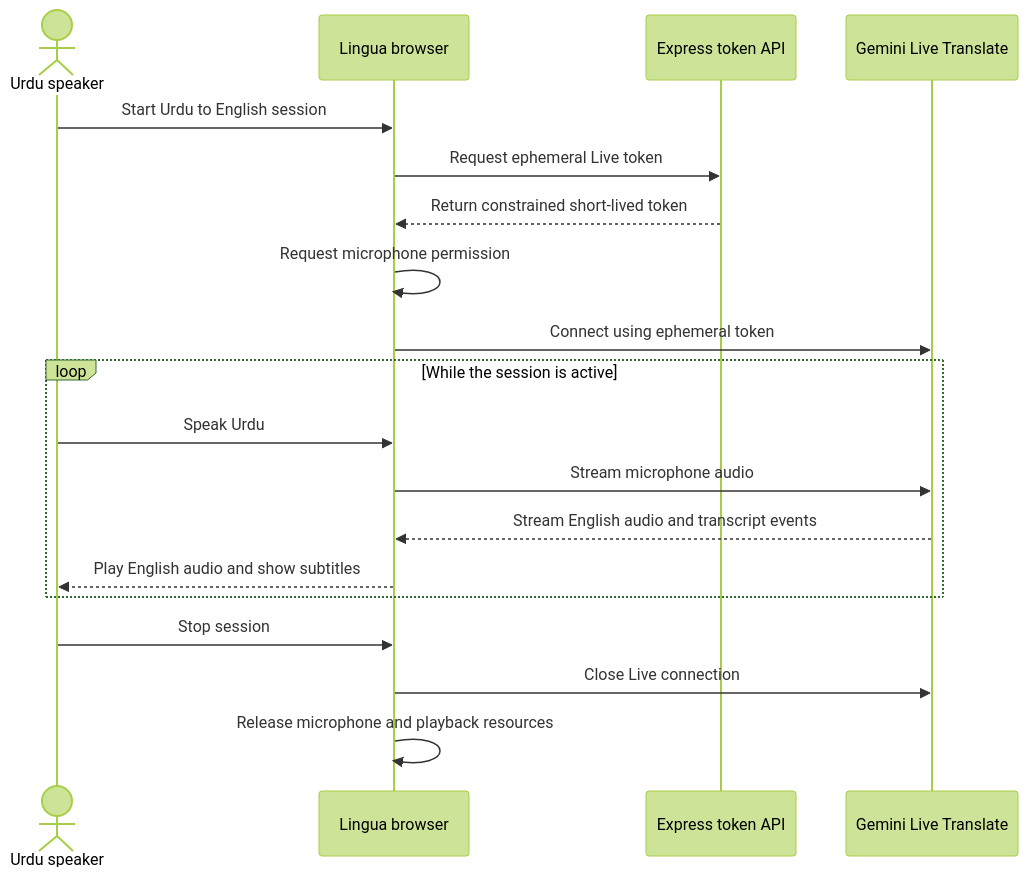
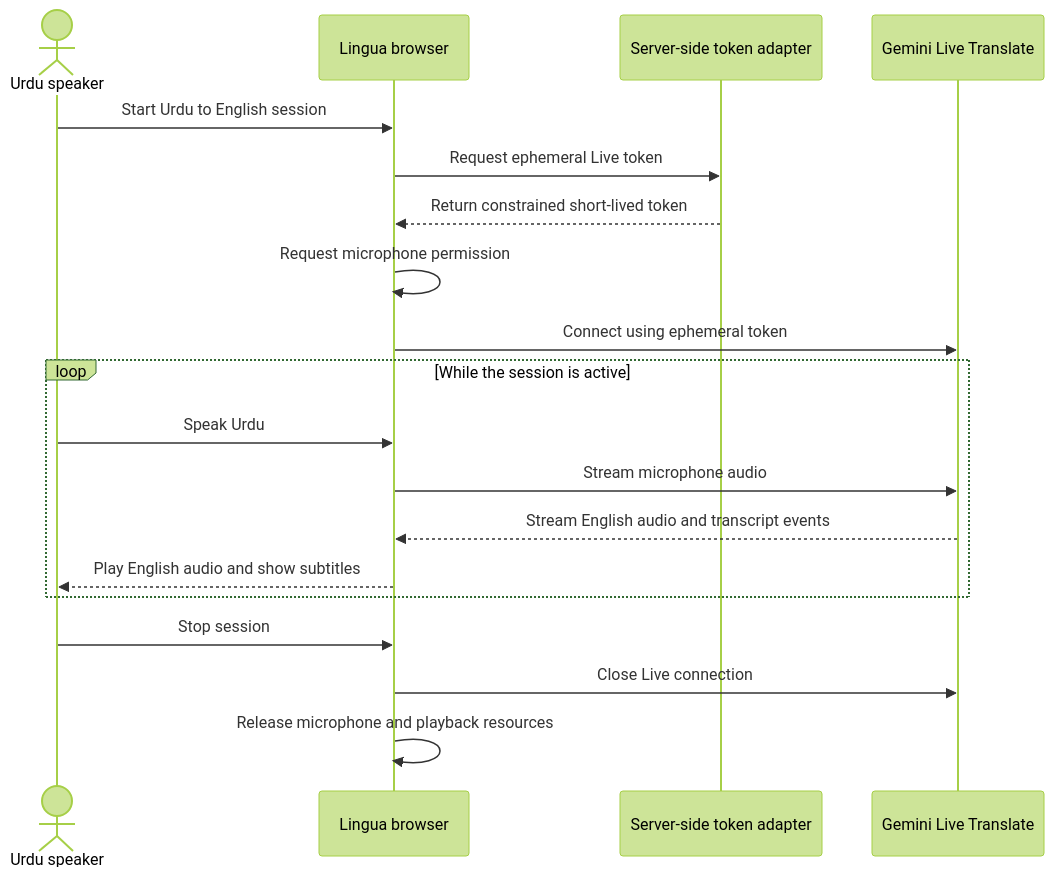
One commit to smahmood-data/Lingua changed the third of 5 diagrams in docs/ARCHITECTURE.md. Above: the diagram before and after it, drawn with Mermaid (forest theme). The commit also changed other lines of this file and 79 other files, not shown here.

````diff
--- a/docs/ARCHITECTURE.md
+++ b/docs/ARCHITECTURE.md
@@ -40,22 +48,22 @@
 ```mermaid
 sequenceDiagram
     actor Speaker as Urdu speaker
     participant Browser as Lingua browser
-    participant Server as Express token API
+    participant Server as Server-side token adapter
     participant Gemini as Gemini Live Translate
 
     Speaker->>Browser: Start Urdu to English session
     Browser->>Server: Request ephemeral Live token
     Server-->>Browser: Return constrained short-lived token
     Browser->>Browser: Request microphone permission
     Browser->>Gemini: Connect using ephemeral token
     loop While the session is active
         Speaker->>Browser: Speak Urdu
         Browser->>Gemini: Stream microphone audio
         Gemini-->>Browser: Stream English audio and transcript events
         Browser-->>Speaker: Play English audio and show subtitles
     end
     Speaker->>Browser: Stop session
     Browser->>Gemini: Close Live connection
     Browser->>Browser: Release microphone and playback resources
 ```
````
